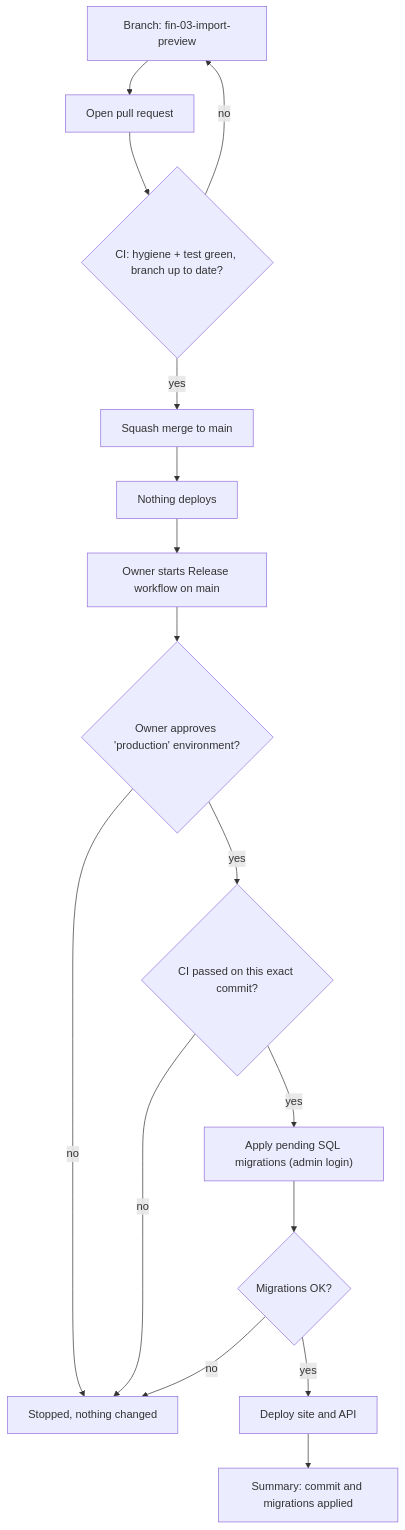
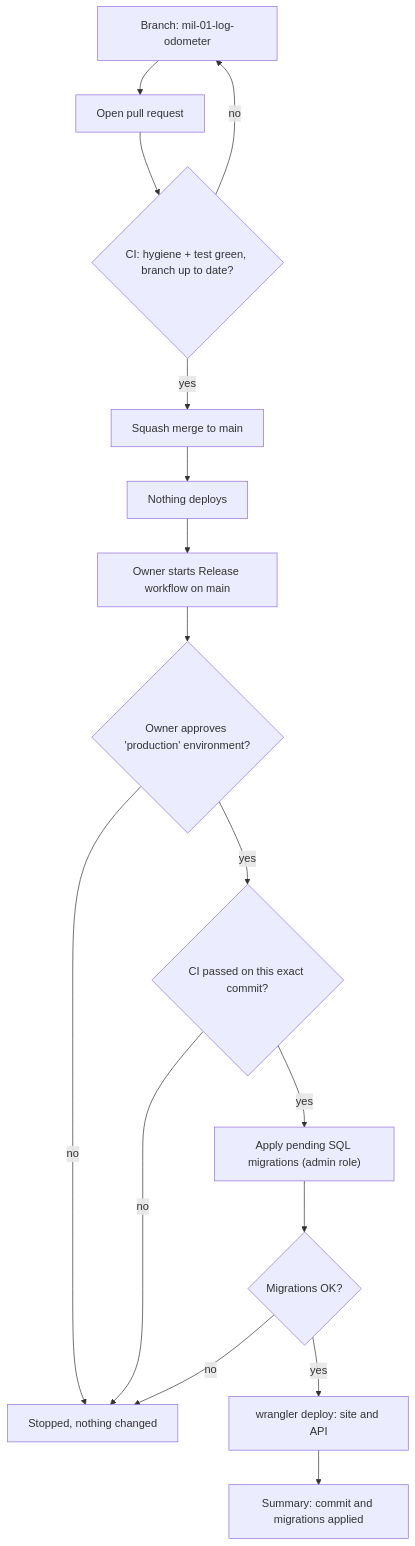
One commit to githubacct54385/life-tracker changed the fifth of 6 diagrams in ARCHITECTURE.md. Above: the diagram before and after it, drawn with Mermaid. The commit also changed other lines of this file and 12 other files, not shown here.

````diff
--- a/ARCHITECTURE.md
+++ b/ARCHITECTURE.md
@@ -318,18 +216,18 @@
 ```mermaid
 flowchart TD
-    A["Branch: fin-03-import-preview"] --> B["Open pull request"]
+    A["Branch: mil-01-log-odometer"] --> B["Open pull request"]
     B --> C{"CI: hygiene + test green, branch up to date?"}
     C -- "no" --> A
     C -- "yes" --> D["Squash merge to main"]
     D --> E["Nothing deploys"]
     E --> F["Owner starts Release workflow on main"]
     F --> G{"Owner approves 'production' environment?"}
     G -- "no" --> X["Stopped, nothing changed"]
     G -- "yes" --> H{"CI passed on this exact commit?"}
     H -- "no" --> X
-    H -- "yes" --> I["Apply pending SQL migrations (admin login)"]
+    H -- "yes" --> I["Apply pending SQL migrations (admin role)"]
     I --> J{"Migrations OK?"}
     J -- "no" --> X
-    J -- "yes" --> K["Deploy site and API"]
+    J -- "yes" --> K["wrangler deploy: site and API"]
     K --> L["Summary: commit and migrations applied"]
 ```
````
